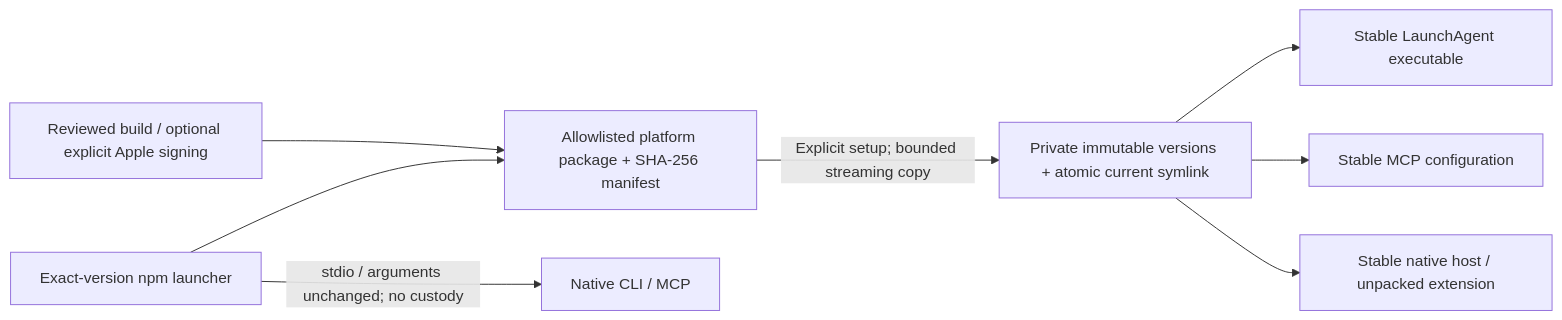
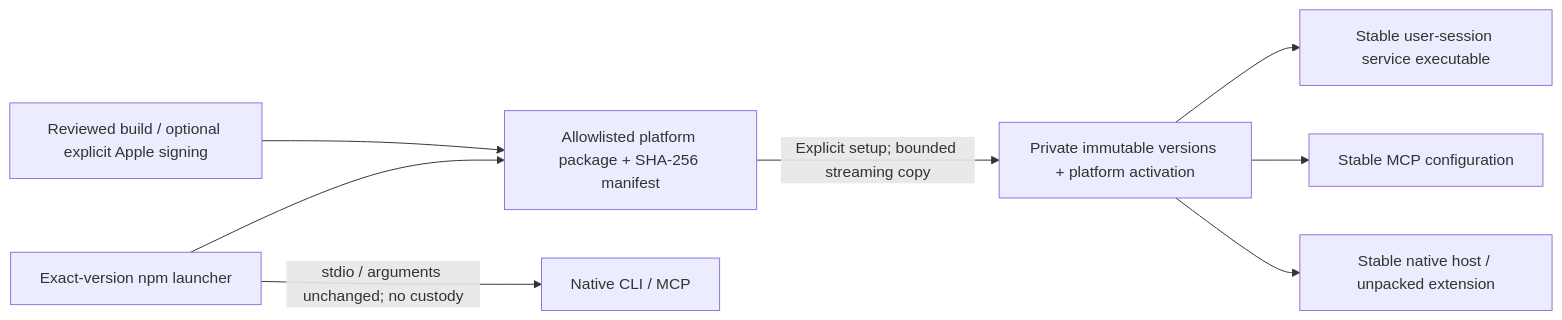
One commit to MagicBeansAI/MagicVault changed the second of 3 diagrams in docs/architecture.md. Above: the diagram before and after it, drawn with Mermaid. The commit also changed other lines of this file and 68 other files, not shown here.

````diff
--- a/docs/architecture.md
+++ b/docs/architecture.md
@@ -115,10 +177,10 @@
 ```mermaid
 flowchart LR
     release["Reviewed build / optional explicit Apple signing"] --> bundle["Allowlisted platform package + SHA-256 manifest"]
     npm["Exact-version npm launcher"] --> bundle
     npm -->|"stdio / arguments unchanged; no custody"| cli["Native CLI / MCP"]
-    bundle -->|"Explicit setup; bounded streaming copy"| app["Private immutable versions + atomic current symlink"]
-    app --> daemon["Stable LaunchAgent executable"]
+    bundle -->|"Explicit setup; bounded streaming copy"| app["Private immutable versions + platform activation"]
+    app --> daemon["Stable user-session service executable"]
     app --> mcp["Stable MCP configuration"]
     app --> host["Stable native host / unpacked extension"]
 ```
````
